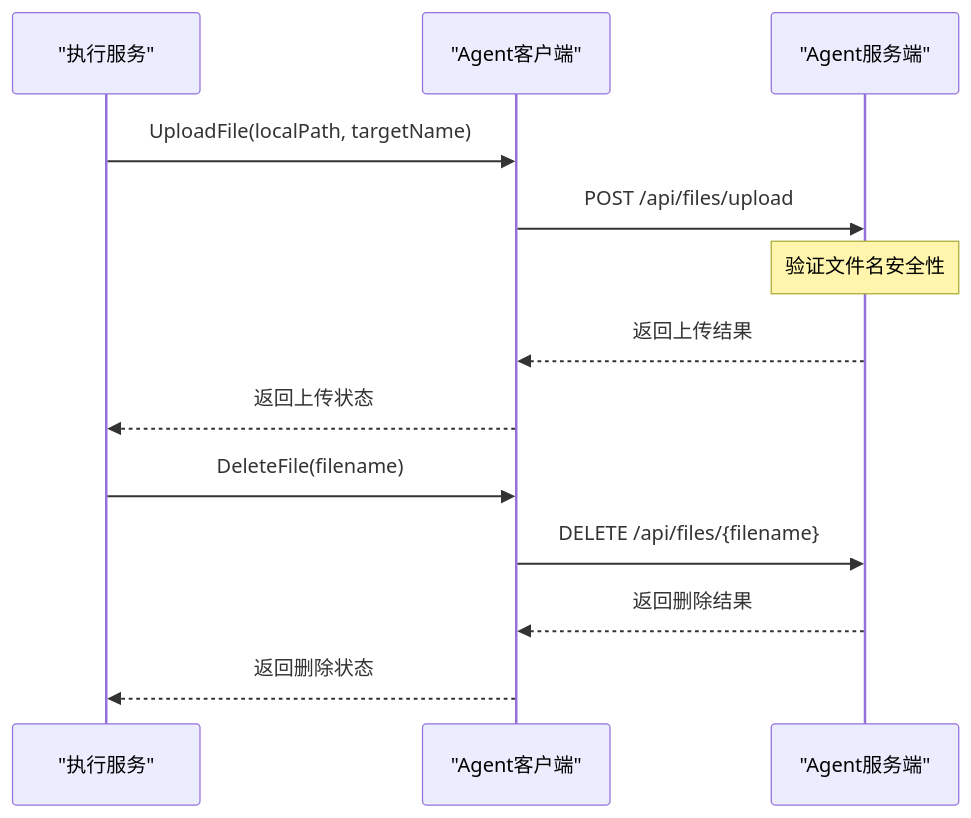
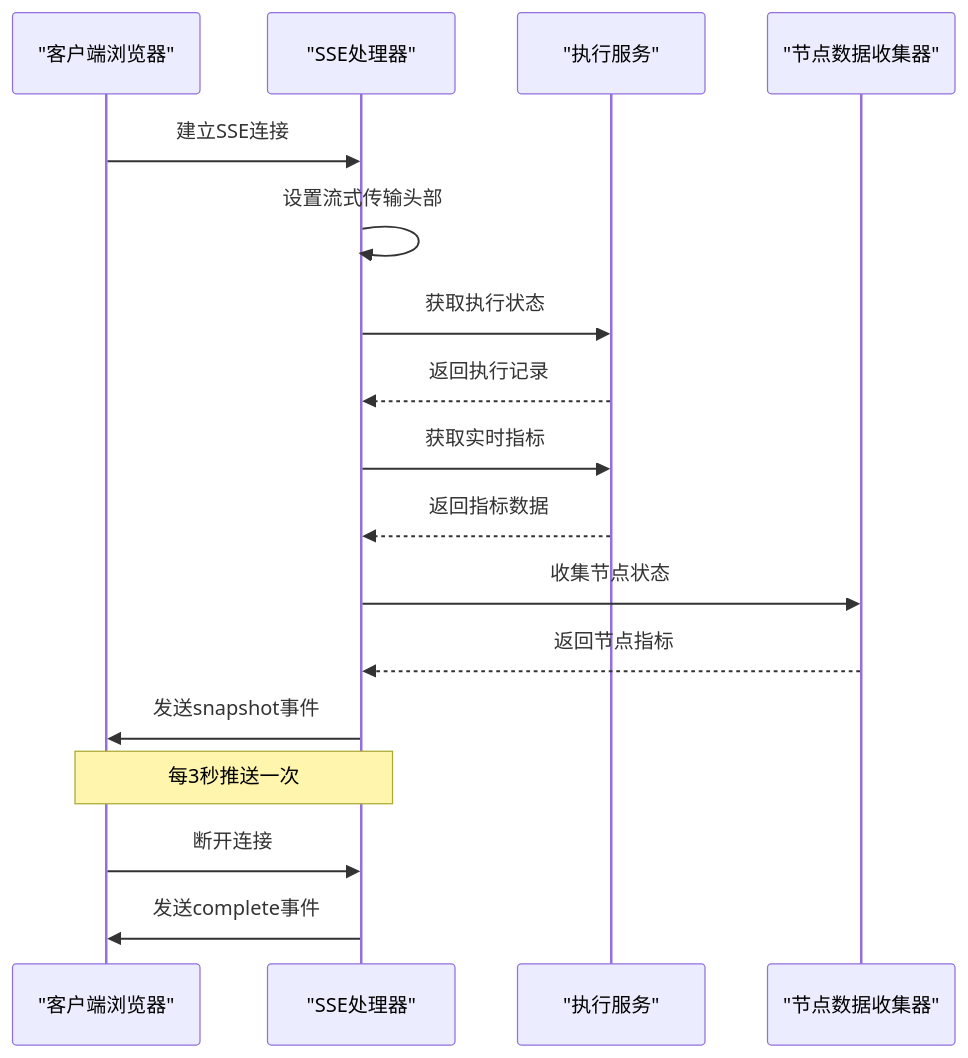
The tenth of 12 diagrams in .qoder/repowiki/zh/content/核心业务模块/执行管理系统/执行管理系统.md (Liyuhao02/Jmeter-Admin), drawn with Mermaid before and after one commit. The commit also changed other lines of this file and 16 other files, not shown here.

````diff
--- a/.qoder/repowiki/zh/content/核心业务模块/执行管理系统/执行管理系统.md
+++ b/.qoder/repowiki/zh/content/核心业务模块/执行管理系统/执行管理系统.md
@@ -576,15 +561,19 @@
 ```mermaid
 sequenceDiagram
-participant ExecService as "执行服务"
-participant AgentClient as "Agent客户端"
-participant AgentServer as "Agent服务端"
-ExecService->>AgentClient : UploadFile(localPath, targetName)
-AgentClient->>AgentServer : POST /api/files/upload
-Note over AgentServer : 验证文件名安全性
-AgentServer-->>AgentClient : 返回上传结果
-AgentClient-->>ExecService : 返回上传状态
-ExecService->>AgentClient : DeleteFile(filename)
-AgentClient->>AgentServer : DELETE /api/files/{filename}
-AgentServer-->>AgentClient : 返回删除结果
-AgentClient-->>ExecService : 返回删除状态
+participant Client as "客户端浏览器"
+participant SSEHandler as "SSE处理器"
+participant ExecutionService as "执行服务"
+participant NodeCollector as "节点数据收集器"
+Client->>SSEHandler : 建立SSE连接
+SSEHandler->>SSEHandler : 设置流式传输头部
+SSEHandler->>ExecutionService : 获取执行状态
+ExecutionService-->>SSEHandler : 返回执行记录
+SSEHandler->>ExecutionService : 获取实时指标
+ExecutionService-->>SSEHandler : 返回指标数据
+SSEHandler->>NodeCollector : 收集节点状态
+NodeCollector-->>SSEHandler : 返回节点指标
+SSEHandler->>Client : 发送snapshot事件
+Note over Client,SSEHandler : 每3秒推送一次
+Client->>SSEHandler : 断开连接
+SSEHandler->>Client : 发送complete事件
 ```
````
